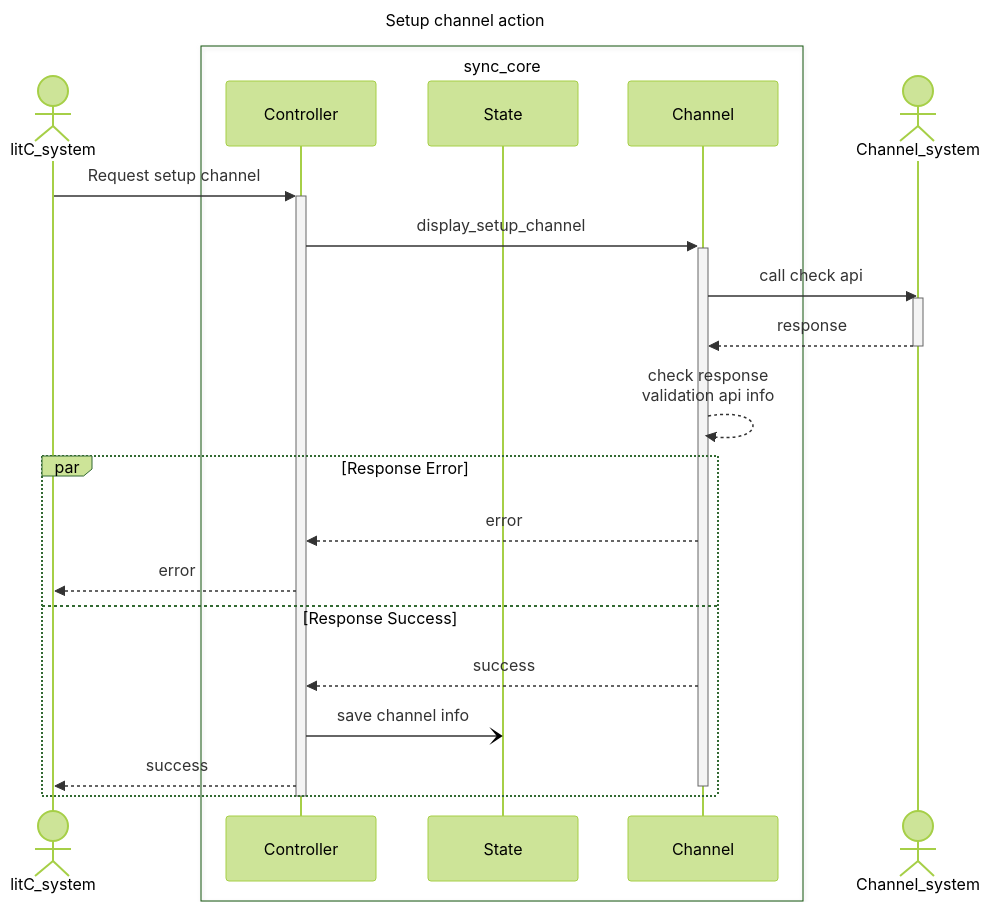
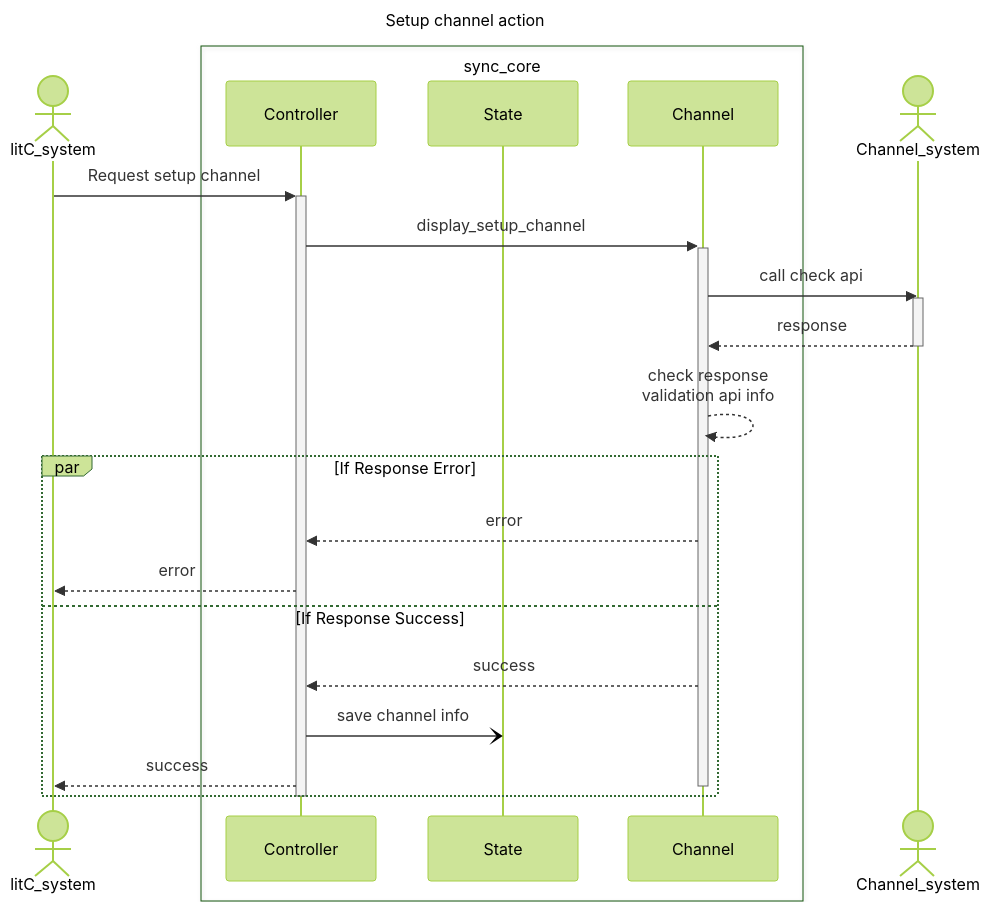
Before and after one commit to WuzenLiz/markdown: the ninth of 10 diagrams in pseudoAllFunction.md, drawn with Mermaid. The commit also changed other lines of this file, not shown here.

Commit message:
update graph

````diff
--- a/pseudoAllFunction.md
+++ b/pseudoAllFunction.md
@@ -144,33 +150,33 @@
 ```mermaid
 ---
 title: Setup channel action
 config: 
     theme: forest
     curve: basis
 ---
 sequenceDiagram
     Actor A as litC_system
     box sync_core
         participant B as Controller
         participant D as State
         participant C as Channel
     end
     ACTOR E as Channel_system
     A->>+B:Request setup channel
     B->>+C:display_setup_channel
     C->>E:call check api
     activate E
     E-->>C:response
     deactivate E
     C-->>C:check response<br>validation api info
-    par Response Error
+    par If Response Error
         C-->>B:error
         B-->>A:error
-    and Response Success
+    and If Response Success
         C-->>B:success
         B-)D:save channel info
         B-->>A:success
         deactivate C
     end
     deactivate B
 ```
````
